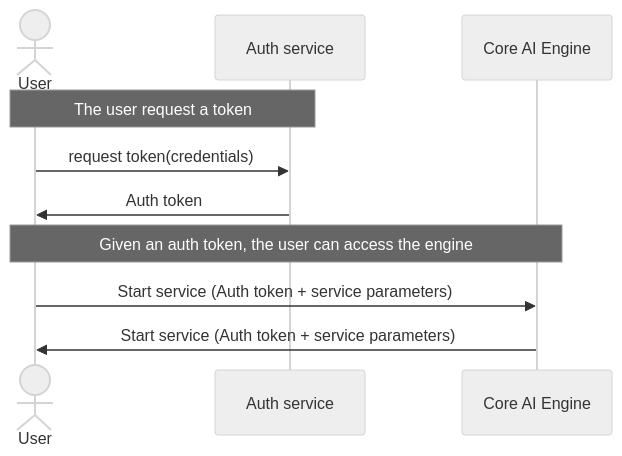
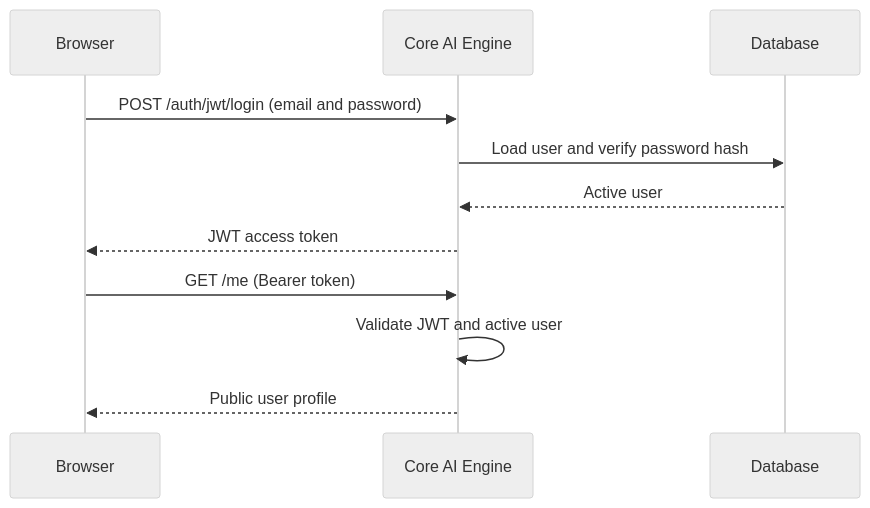
One commit to swiss-ai-center/documentation changed the diagram in docs/reference/core-concepts/auth.md. Above: the diagram before and after it, drawn with Mermaid (neutral theme). The commit also changed other lines of this file and 4 other files, not shown here.

````diff
--- a/docs/reference/core-concepts/auth.md
+++ b/docs/reference/core-concepts/auth.md
@@ -23,14 +41,14 @@
 ```mermaid
 sequenceDiagram
-    actor User
-    participant Auth service
-    participant Core AI Engine
+    participant Browser
+    participant Engine as Core AI Engine
+    participant Database
 
-    Note over User, Auth service: The user request a token
-    User->>Auth service: request token(credentials)
-    Auth service->>User: Auth token
-
-    Note over User, Core AI Engine: Given an auth token, the user can access the engine
-    User->>Core AI Engine: Start service (Auth token + service parameters)
-    Core AI Engine->>User: Start service (Auth token + service parameters)
+    Browser->>Engine: POST /auth/jwt/login (email and password)
+    Engine->>Database: Load user and verify password hash
+    Database-->>Engine: Active user
+    Engine-->>Browser: JWT access token
+    Browser->>Engine: GET /me (Bearer token)
+    Engine->>Engine: Validate JWT and active user
+    Engine-->>Browser: Public user profile
 ```
````
